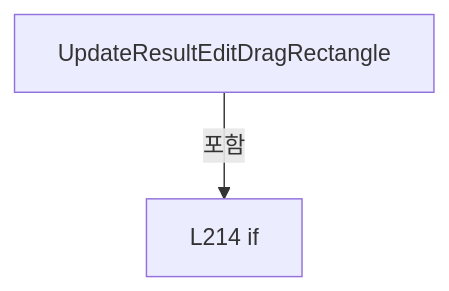
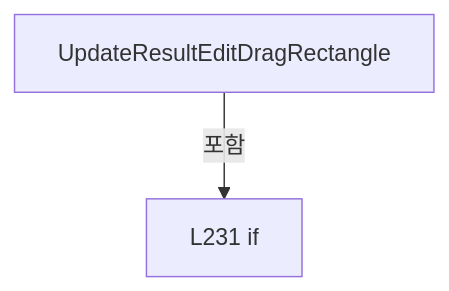
Before and after one commit to kjuws10-rgb/Shared: the ninth of 18 diagrams in A3 LD Code Ref/files/Drilling.UI/Views/CReviewDataView.xaml.cs.md, drawn with Mermaid. The commit also changed other lines of this file and 2071 other files, not shown here.

Commit message:
docs(a3): update 11.19.0 architecture and code reference

````diff
--- a/A3 LD Code Ref/files/Drilling.UI/Views/CReviewDataView.xaml.cs.md
+++ b/A3 LD Code Ref/files/Drilling.UI/Views/CReviewDataView.xaml.cs.md
@@ -821,6 +936,6 @@
 ```mermaid
 flowchart TD
  M["UpdateResultEditDragRectangle"]
- N0["L214 if"]
+ N0["L231 if"]
  M -->|포함| N0
 ```
````
